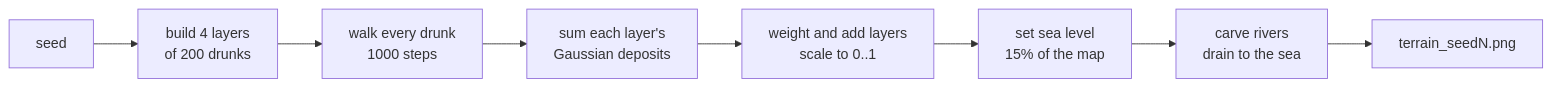
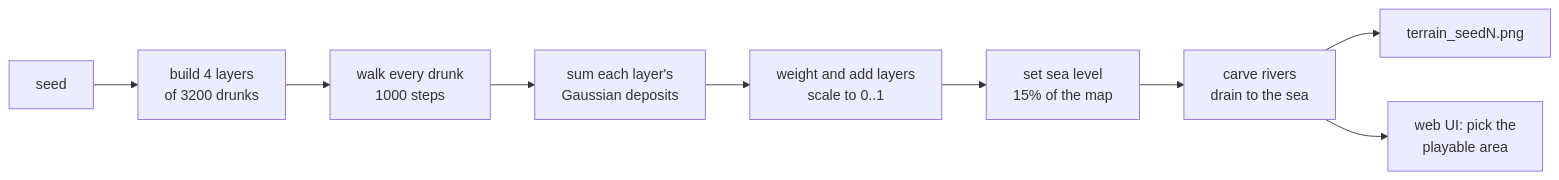
Before and after one commit to michael-mayo/drunk: the first of 3 diagrams in README.md, drawn with Mermaid. The commit also changed other lines of this file and 23 other files, not shown here.

````diff
--- a/README.md
+++ b/README.md
@@ -145,10 +160,11 @@
 ```mermaid
 flowchart LR
-    S[seed] --> B[build 4 layers<br/>of 200 drunks]
+    S[seed] --> B[build 4 layers<br/>of 3200 drunks]
     B --> W[walk every drunk<br/>1000 steps]
     W --> D[sum each layer's<br/>Gaussian deposits]
     D --> H[weight and add layers<br/>scale to 0..1]
     H --> SL[set sea level<br/>15% of the map]
     SL --> R[carve rivers<br/>drain to the sea]
     R --> P[terrain_seedN.png]
+    R --> U[web UI: pick the<br/>playable area]
 ```
````
